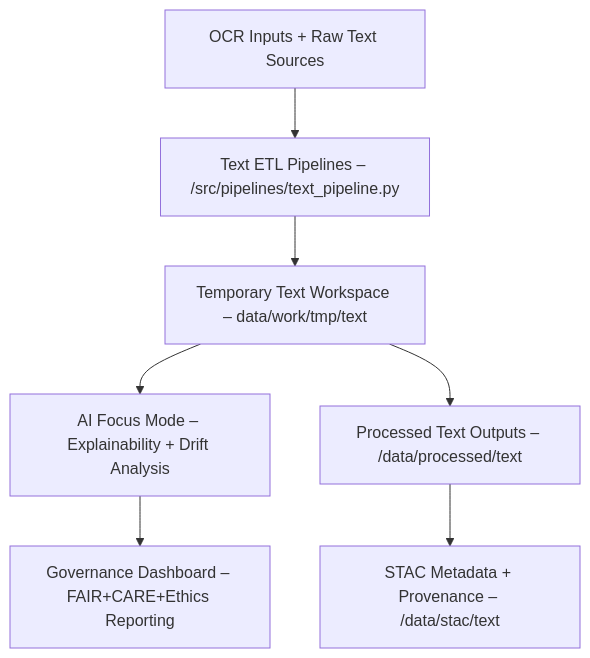
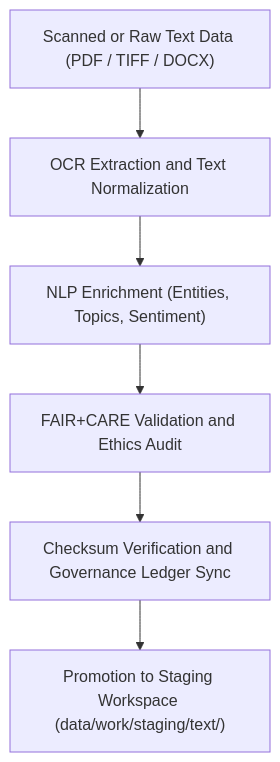
The diagram in data/work/tmp/text/README.md (bartytime4life/Kansas-Frontier-Matrix), drawn with Mermaid before and after one commit. The commit also changed other lines of this file, not shown here.

````diff
--- a/data/work/tmp/text/README.md
+++ b/data/work/tmp/text/README.md
@@ -70,9 +87,8 @@
 ```mermaid
-graph TD
-    A["OCR Inputs + Raw Text Sources"] --> B["Text ETL Pipelines – /src/pipelines/text_pipeline.py"]
-    B --> C["Temporary Text Workspace – data/work/tmp/text"]
-    C --> D["AI Focus Mode – Explainability + Drift Analysis"]
-    D --> E["Governance Dashboard – FAIR+CARE+Ethics Reporting"]
-    C --> F["Processed Text Outputs – /data/processed/text"]
-    F --> G["STAC Metadata + Provenance – /data/stac/text"]
+flowchart TD
+    A["Scanned or Raw Text Data (PDF / TIFF / DOCX)"] --> B["OCR Extraction and Text Normalization"]
+    B --> C["NLP Enrichment (Entities, Topics, Sentiment)"]
+    C --> D["FAIR+CARE Validation and Ethics Audit"]
+    D --> E["Checksum Verification and Governance Ledger Sync"]
+    E --> F["Promotion to Staging Workspace (data/work/staging/text/)"]
 ```
````
